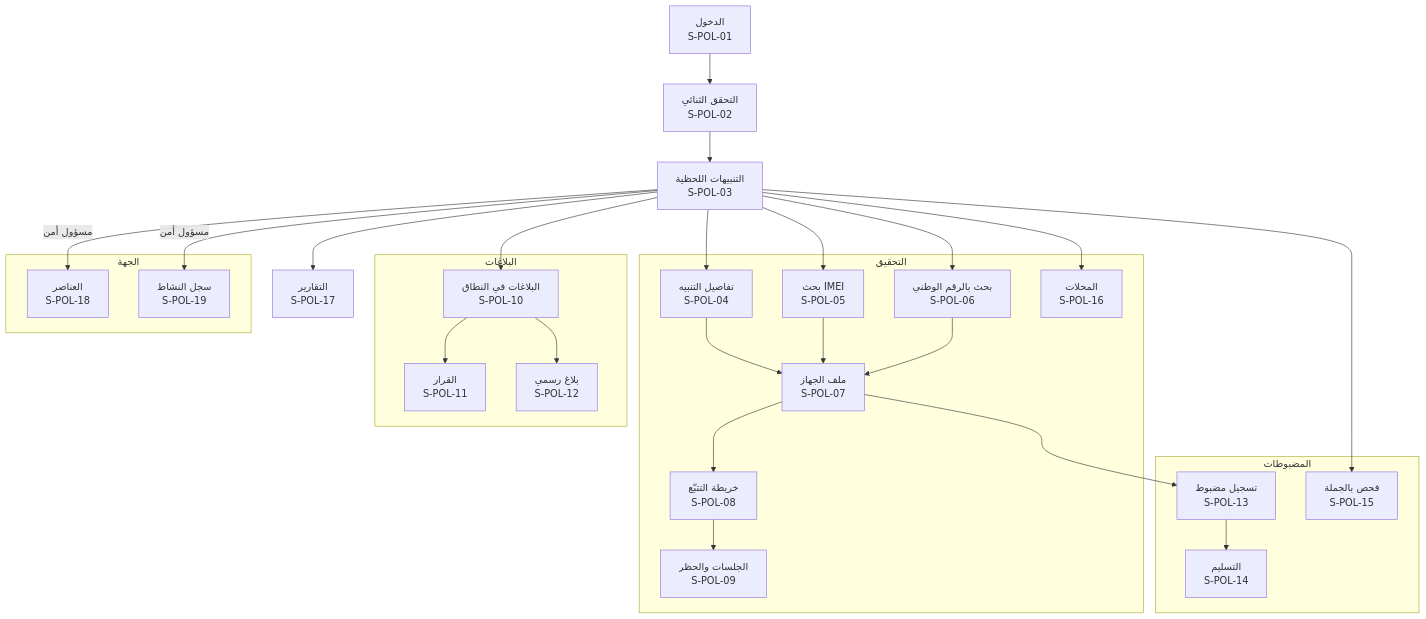
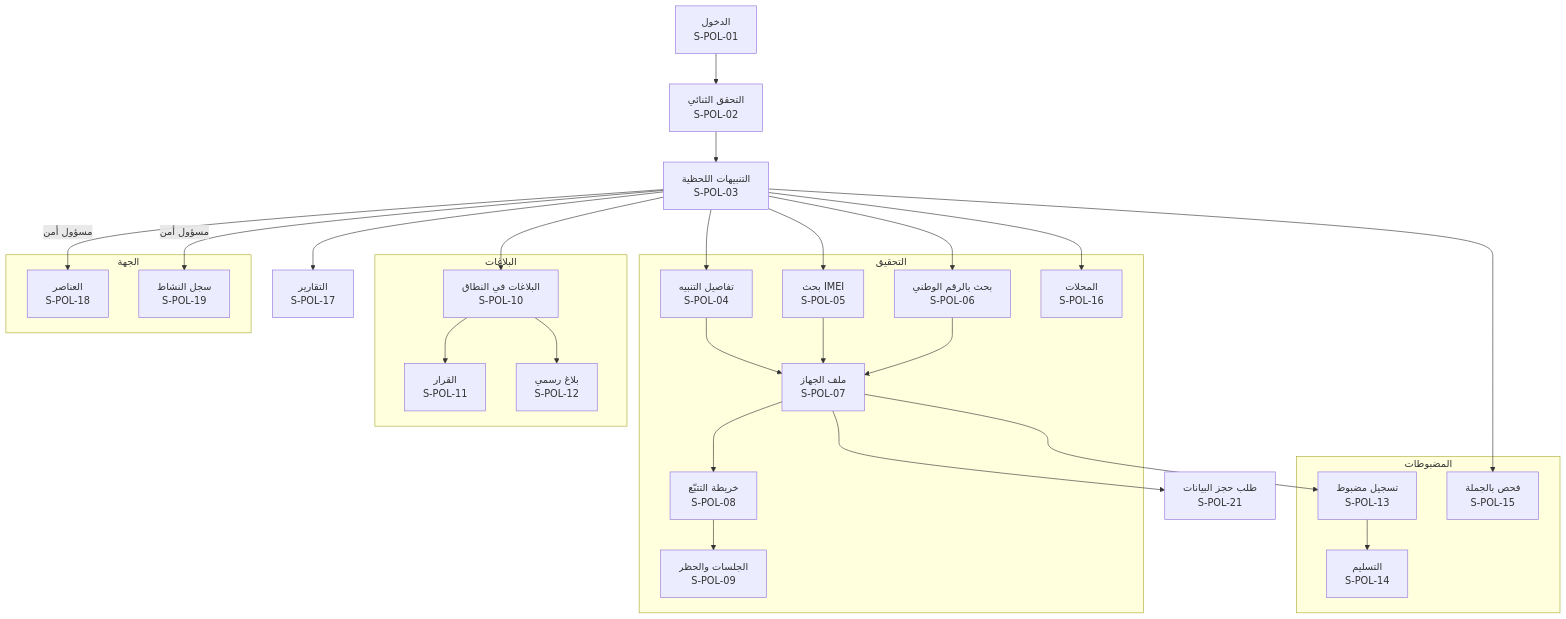
One commit to servacode/imei changed diagram 16 of 19 in docs/18-screen-inventory.md. Above: the diagram before and after it, drawn with Mermaid. The commit also changed other lines of this file and 9 other files, not shown here.

````diff
--- a/docs/18-screen-inventory.md
+++ b/docs/18-screen-inventory.md
@@ -1005,39 +1030,41 @@
 ```mermaid
 flowchart TD
     S_POL_01["الدخول<br/>S-POL-01"]
     S_POL_02["التحقق الثنائي<br/>S-POL-02"]
     S_POL_03["التنبيهات اللحظية<br/>S-POL-03"]
     subgraph INV ["التحقيق"]
         S_POL_04["تفاصيل التنبيه<br/>S-POL-04"]
         S_POL_05["بحث IMEI<br/>S-POL-05"]
         S_POL_06["بحث بالرقم الوطني<br/>S-POL-06"]
         S_POL_07["ملف الجهاز<br/>S-POL-07"]
         S_POL_08["خريطة التتبّع<br/>S-POL-08"]
         S_POL_09["الجلسات والحظر<br/>S-POL-09"]
         S_POL_16["المحلات<br/>S-POL-16"]
     end
     subgraph REP ["البلاغات"]
         S_POL_10["البلاغات في النطاق<br/>S-POL-10"]
         S_POL_11["القرار<br/>S-POL-11"]
         S_POL_12["بلاغ رسمي<br/>S-POL-12"]
     end
     subgraph SEIZ ["المضبوطات"]
         S_POL_13["تسجيل مضبوط<br/>S-POL-13"]
         S_POL_14["التسليم<br/>S-POL-14"]
         S_POL_15["فحص بالجملة<br/>S-POL-15"]
     end
     subgraph UNIT ["الجهة"]
         S_POL_18["العناصر<br/>S-POL-18"]
         S_POL_19["سجل النشاط<br/>S-POL-19"]
     end
     S_POL_17["التقارير<br/>S-POL-17"]
+    S_POL_21["طلب حجز البيانات<br/>S-POL-21"]
     S_POL_01 --> S_POL_02 --> S_POL_03 --> S_POL_04 --> S_POL_07
     S_POL_03 --> S_POL_05 --> S_POL_07
     S_POL_03 --> S_POL_06 --> S_POL_07
     S_POL_07 --> S_POL_08 --> S_POL_09
     S_POL_07 --> S_POL_13 --> S_POL_14
     S_POL_03 --> S_POL_10 --> S_POL_11
     S_POL_10 --> S_POL_12
     S_POL_03 --> S_POL_15 & S_POL_16 & S_POL_17
+    S_POL_07 --> S_POL_21
     S_POL_03 -- "مسؤول أمن" --> S_POL_18 & S_POL_19
 ```
````
